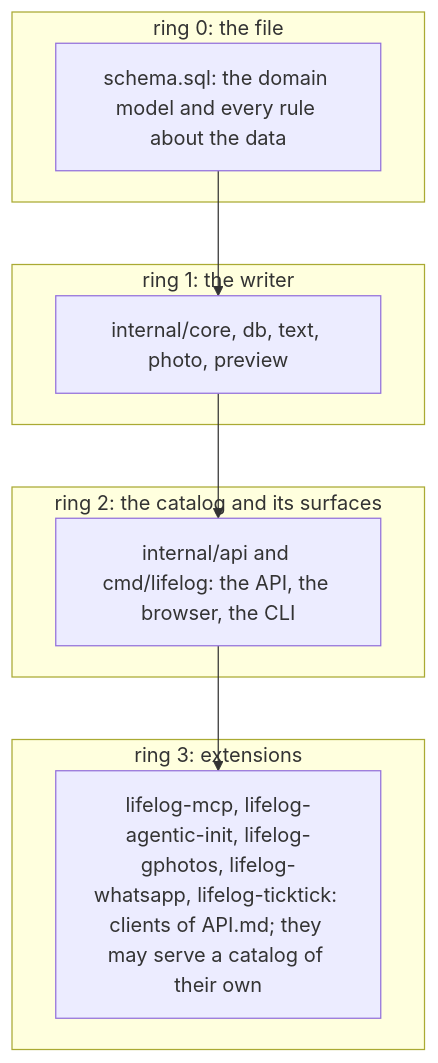
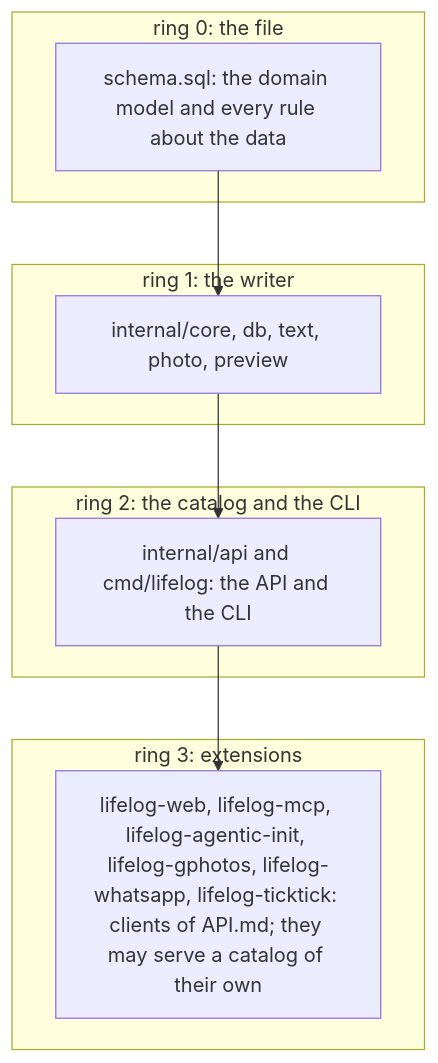
The diagram in README.md (alexradunet/aminte), drawn with Mermaid before and after one commit. The commit also changed other lines of this file and 13 other files, not shown here.

````diff
--- a/README.md
+++ b/README.md
@@ -74,16 +89,16 @@
   ```mermaid
   flowchart TB
     subgraph R0["ring 0: the file"]
       S["schema.sql: the domain model and every rule about the data"]
     end
     subgraph R1["ring 1: the writer"]
       C["internal/core, db, text, photo, preview"]
     end
-    subgraph R2["ring 2: the catalog and its surfaces"]
-      K["internal/api and cmd/lifelog: the API, the browser, the CLI"]
+    subgraph R2["ring 2: the catalog and the CLI"]
+      K["internal/api and cmd/lifelog: the API and the CLI"]
     end
     subgraph R3["ring 3: extensions"]
-      X["lifelog-mcp, lifelog-agentic-init, lifelog-gphotos, lifelog-whatsapp, lifelog-ticktick: clients of API.md; they may serve a catalog of their own"]
+      X["lifelog-web, lifelog-mcp, lifelog-agentic-init, lifelog-gphotos, lifelog-whatsapp, lifelog-ticktick: clients of API.md; they may serve a catalog of their own"]
     end
     S --> C --> K --> X
   ```
````
